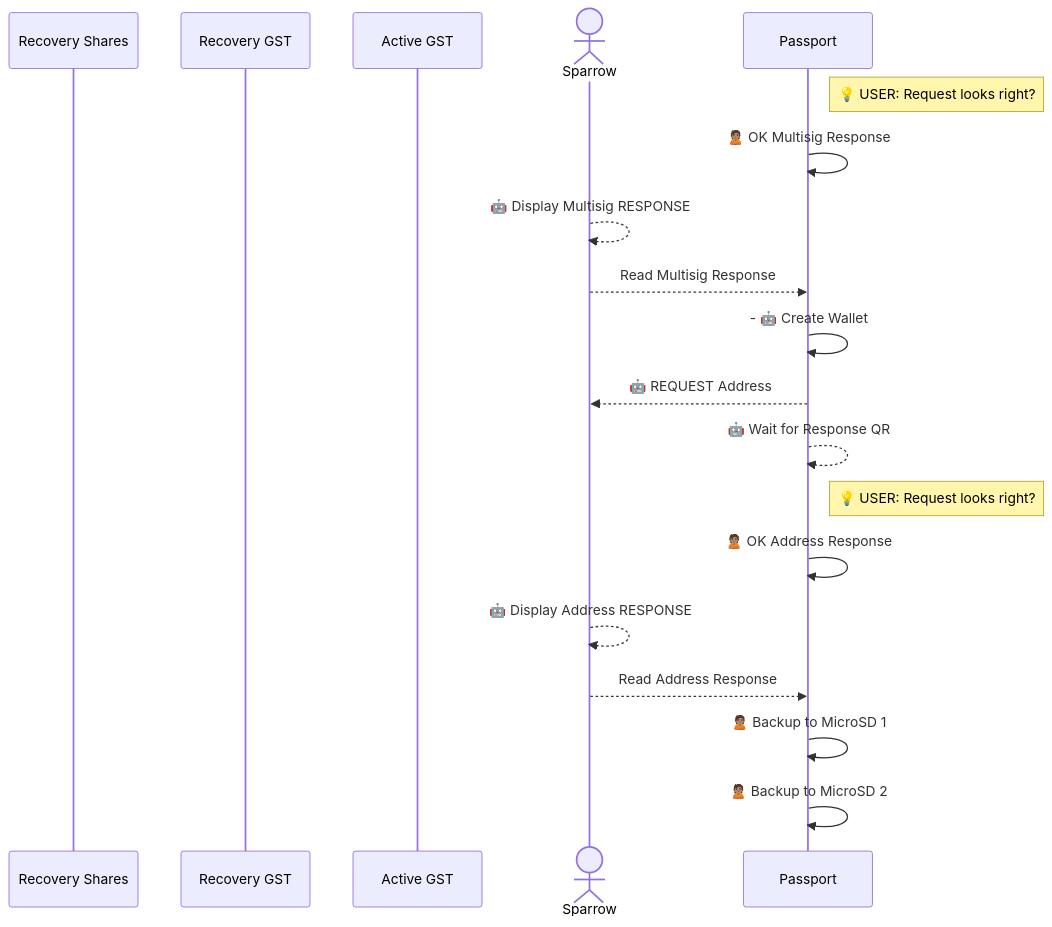
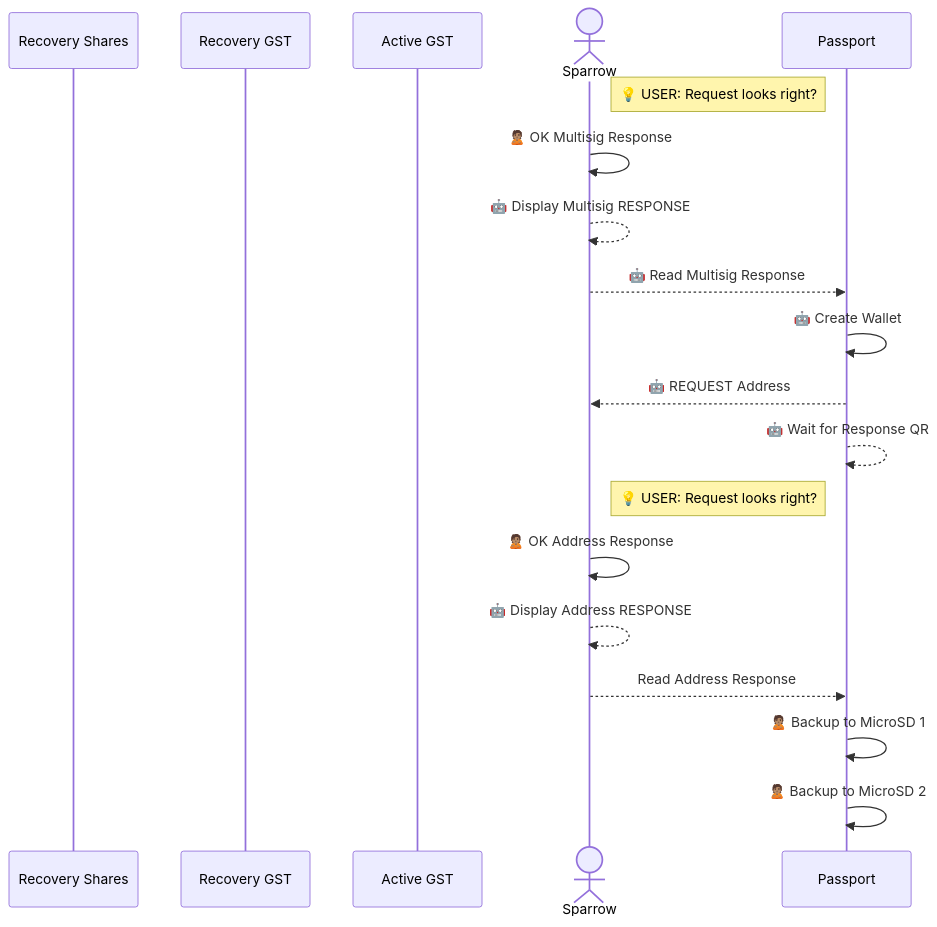
One commit to BlockchainCommons/SmartCustody changed diagram 12 of 12 in Docs/Scenario-Multisig-RR.md. Above: the diagram before and after it, drawn with Mermaid. The commit also changed other lines of this file, not shown here.

````diff
--- a/Docs/Scenario-Multisig-RR.md
+++ b/Docs/Scenario-Multisig-RR.md
@@ -311,23 +313,23 @@
 ```mermaid
 sequenceDiagram
 participant Rs as Recovery Shares
 participant R as Recovery GST
 participant S1 as Active GST
 actor TC as Sparrow
 participant S2 as Passport
 
-note right of S2: 💡 USER: Request looks right?
-S2->>S2: 🙎🏽 OK Multisig Response
+note right of TC: 💡 USER: Request looks right?
+TC->>TC: 🙎🏽 OK Multisig Response
 TC-->>TC: 🤖 Display Multisig RESPONSE
-TC-->>S2: Read Multisig Response
-S2->>S2:- 🤖 Create Wallet
+TC-->>S2: 🤖 Read Multisig Response
+S2->>S2: 🤖 Create Wallet
 S2-->>TC: 🤖 REQUEST Address
 S2-->>S2: 🤖 Wait for Response QR
 
-note right of S2: 💡 USER: Request looks right?
-S2->>S2: 🙎🏽 OK Address Response
+note right of TC: 💡 USER: Request looks right?
+TC->>TC: 🙎🏽 OK Address Response
 TC-->>TC: 🤖 Display Address RESPONSE
 TC-->>S2: Read Address Response
 S2->>S2: 🙎🏽 Backup to MicroSD 1
 S2->>S2: 🙎🏽 Backup to MicroSD 2
 ```
````
